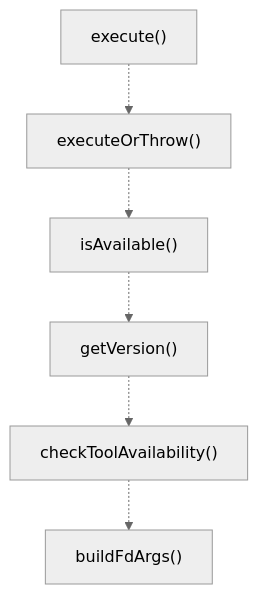
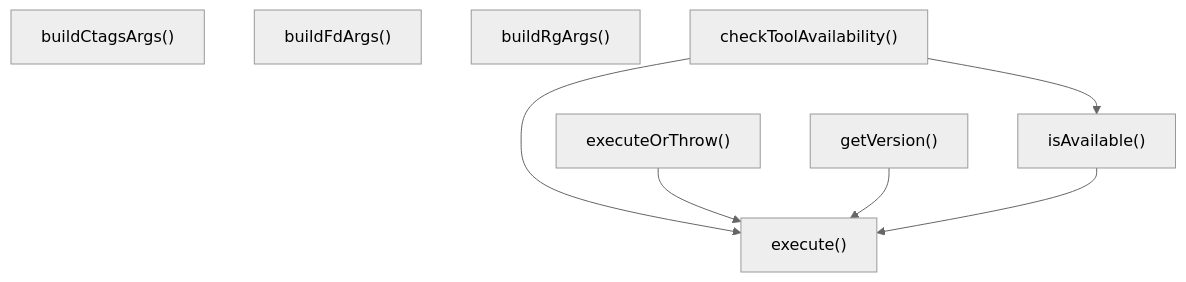
The second of 3 diagrams in ABDD/.pi/extensions/search/utils/cli.md (Mekann2904/mekann), drawn with Mermaid (neutral theme) before and after one commit. The commit also changed other lines of this file and 277 other files, not shown here.

````diff
--- a/ABDD/.pi/extensions/search/utils/cli.md
+++ b/ABDD/.pi/extensions/search/utils/cli.md
@@ -55,14 +55,16 @@
 ```mermaid
 flowchart TD
+  buildCtagsArgs["buildCtagsArgs()"]
+  buildFdArgs["buildFdArgs()"]
+  buildRgArgs["buildRgArgs()"]
+  checkToolAvailability["checkToolAvailability()"]
   execute["execute()"]
   executeOrThrow["executeOrThrow()"]
+  getVersion["getVersion()"]
   isAvailable["isAvailable()"]
-  getVersion["getVersion()"]
-  checkToolAvailability["checkToolAvailability()"]
-  buildFdArgs["buildFdArgs()"]
-  execute -.-> executeOrThrow
-  executeOrThrow -.-> isAvailable
-  isAvailable -.-> getVersion
-  getVersion -.-> checkToolAvailability
-  checkToolAvailability -.-> buildFdArgs
+  checkToolAvailability --> execute
+  checkToolAvailability --> isAvailable
+  executeOrThrow --> execute
+  getVersion --> execute
+  isAvailable --> execute
 ```
````
